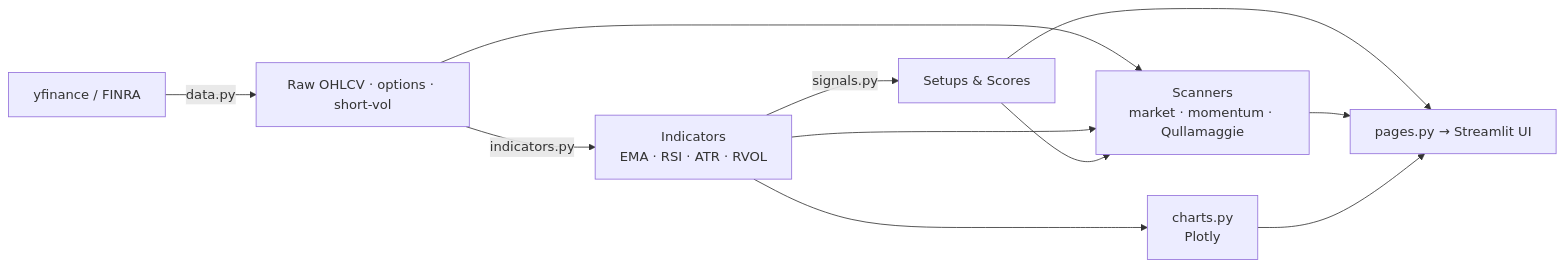
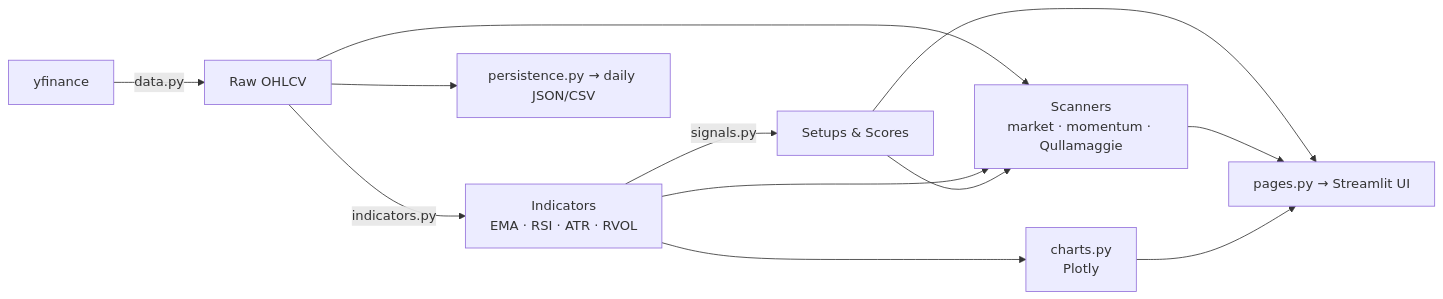
Before and after one commit to sodiasm/stock-sector-strength-dashboard: the diagram in README.md, drawn with Mermaid. The commit also changed other lines of this file and 10 other files, not shown here.

````diff
--- a/README.md
+++ b/README.md
@@ -108,13 +108,14 @@
 ```mermaid
 flowchart LR
-    A["yfinance / FINRA"] -->|data.py| B["Raw OHLCV · options · short-vol"]
+    A["yfinance"] -->|data.py| B["Raw OHLCV"]
     B -->|indicators.py| C["Indicators<br/>EMA · RSI · ATR · RVOL"]
     C -->|signals.py| D["Setups & Scores"]
     B --> E["Scanners<br/>market · momentum · Qullamaggie"]
     C --> E
     D --> E
+    B --> H["persistence.py → daily JSON/CSV"]
     C --> F["charts.py<br/>Plotly"]
     D --> G["pages.py → Streamlit UI"]
     E --> G
     F --> G
 ```
````
